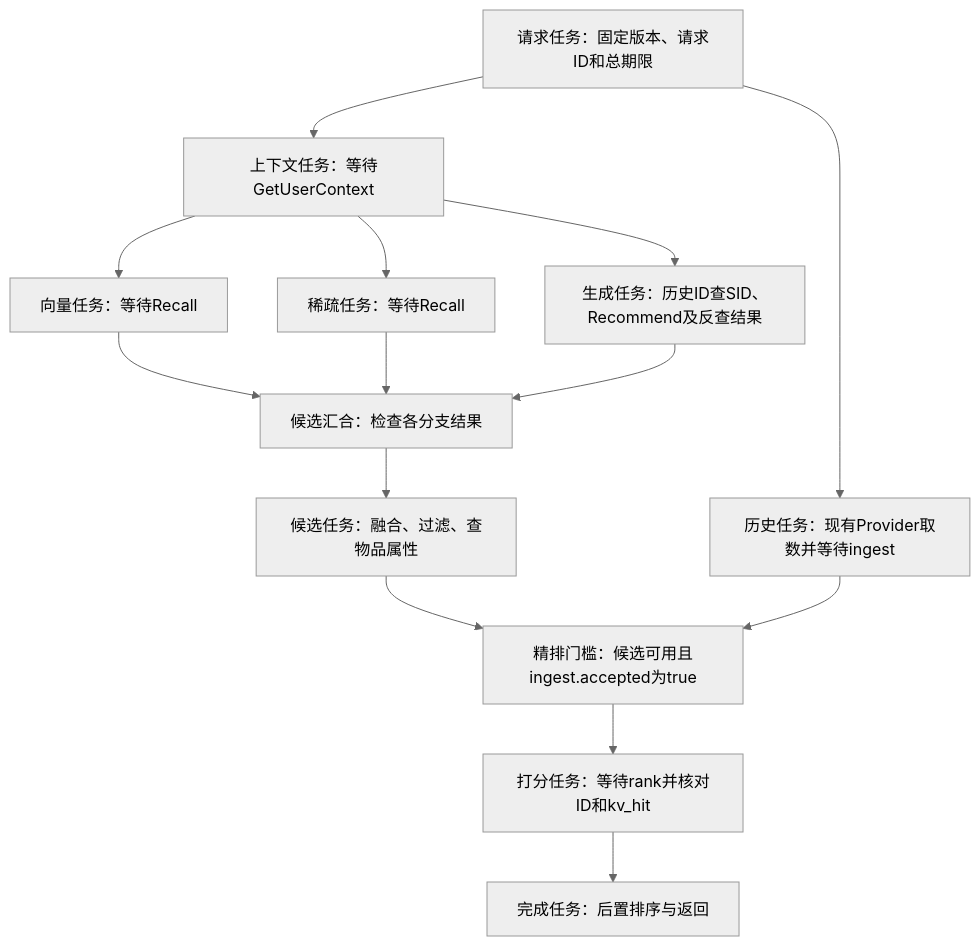
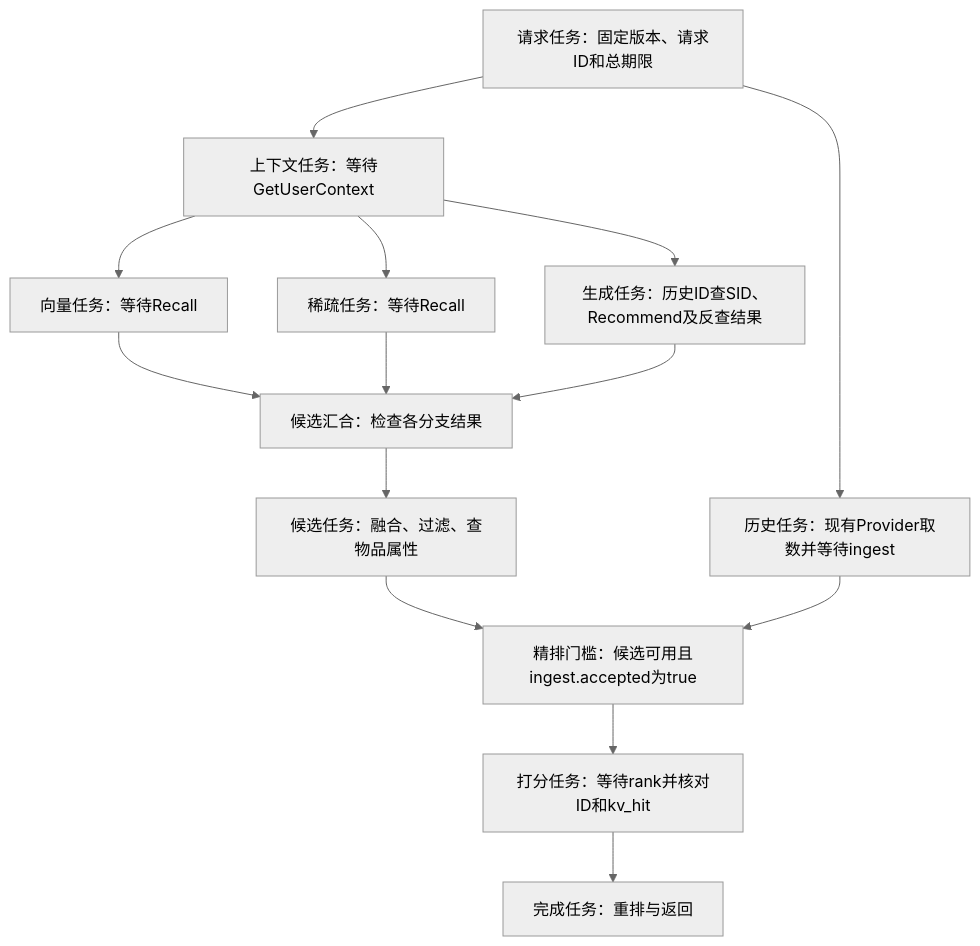
The diagram in diagrams/01_system_05.mmd (bitianyuan123/docs), drawn with Mermaid (neutral theme) before and after one commit. The commit also changed 84 other files, not shown here.

```diff
--- a/diagrams/01_system_05.mmd
+++ b/diagrams/01_system_05.mmd
@@ -1,14 +1,14 @@
 flowchart TD
     A[请求任务：固定版本、请求ID和总期限] --> U[上下文任务：等待GetUserContext]
     A --> H[历史任务：现有Provider取数并等待ingest]
     U --> V[向量任务：等待Recall]
     U --> S[稀疏任务：等待Recall]
     U --> G[生成任务：历史ID查SID、Recommend及反查结果]
     V --> J[候选汇合：检查各分支结果]
     S --> J
     G --> J
     J --> C[候选任务：融合、过滤、查物品属性]
     C --> B[精排门槛：候选可用且ingest.accepted为true]
     H --> B
     B --> D[打分任务：等待rank并核对ID和kv_hit]
-    D --> E[完成任务：后置排序与返回]
+    D --> E[完成任务：重排与返回]
```
